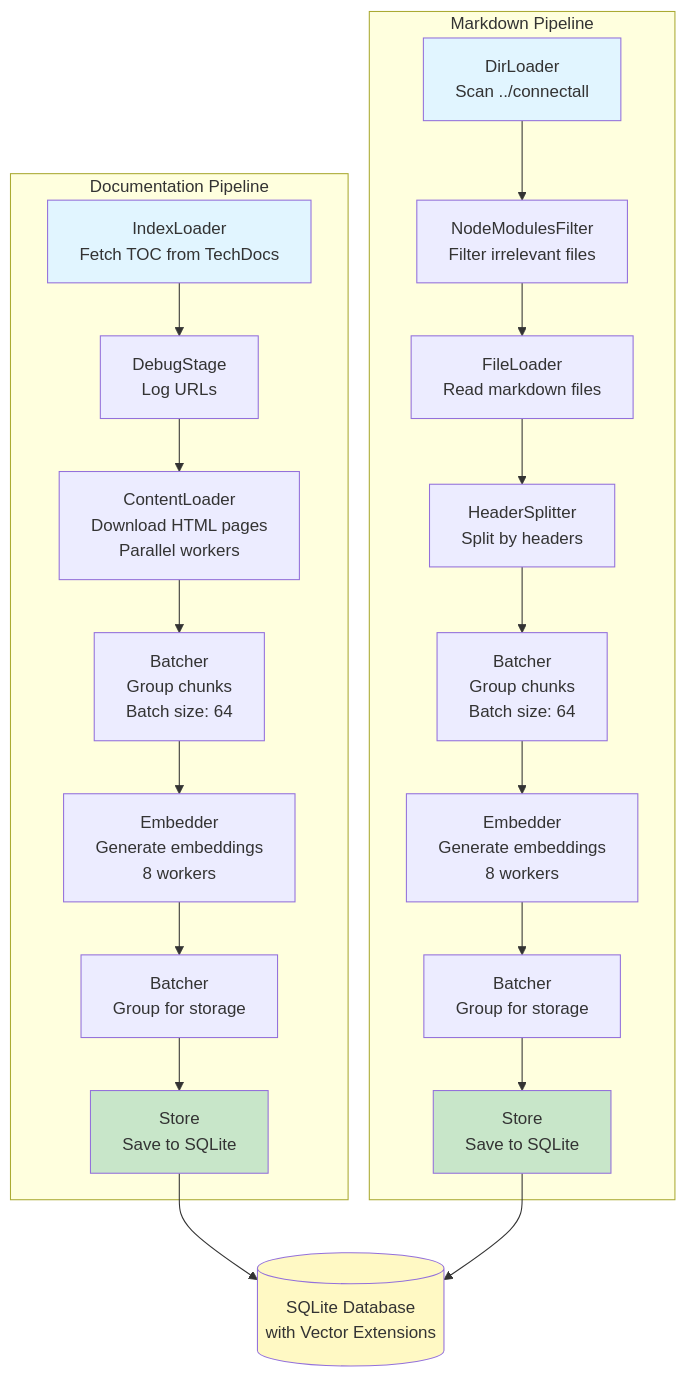
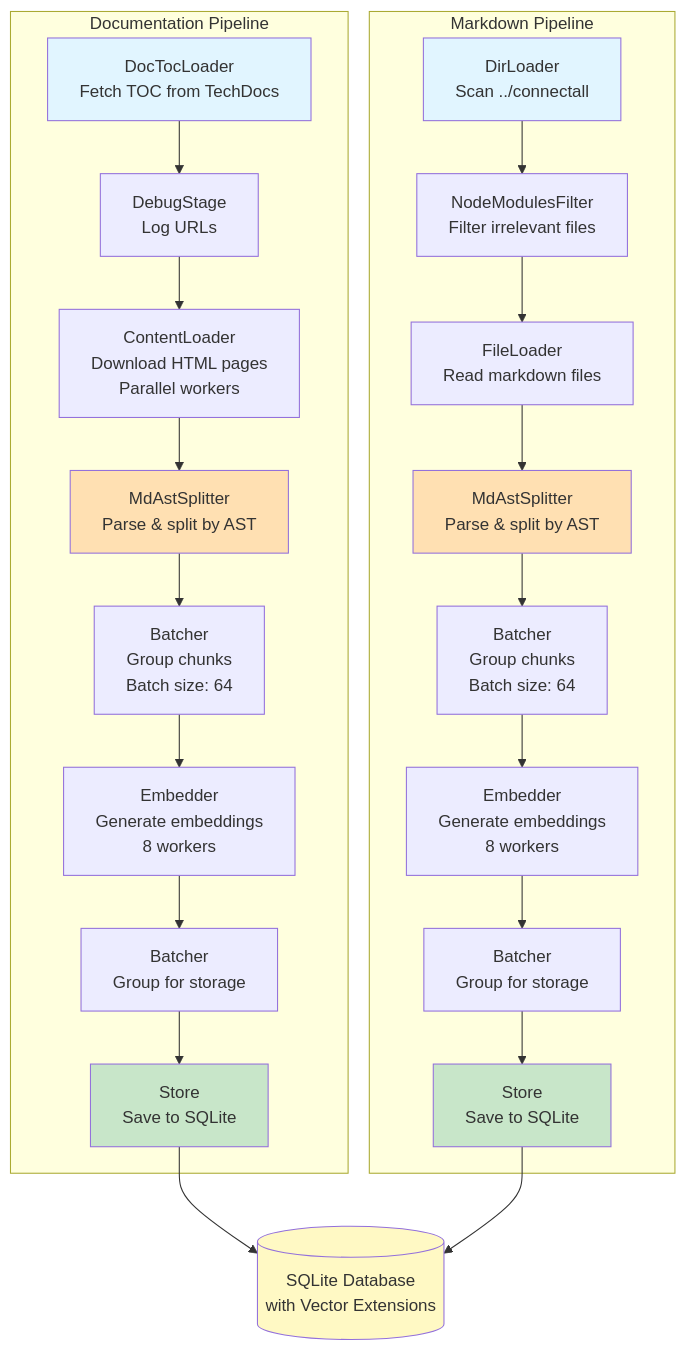
The diagram in README.md (niedch/vectree), drawn with Mermaid before and after one commit. The commit also changed other lines of this file, not shown here.

````diff
--- a/README.md
+++ b/README.md
@@ -33,30 +33,33 @@
 ```mermaid
 graph TD
     subgraph "Documentation Pipeline"
-        A1[IndexLoader<br/>Fetch TOC from TechDocs] --> A2[DebugStage<br/>Log URLs]
+        A1[DocTocLoader<br/>Fetch TOC from TechDocs] --> A2[DebugStage<br/>Log URLs]
         A2 --> A3[ContentLoader<br/>Download HTML pages<br/>Parallel workers]
-        A3 --> A4[Batcher<br/>Group chunks<br/>Batch size: 64]
-        A4 --> A5[Embedder<br/>Generate embeddings<br/>8 workers]
-        A5 --> A6[Batcher<br/>Group for storage]
-        A6 --> A7[Store<br/>Save to SQLite]
+        A3 --> A4[MdAstSplitter<br/>Parse & split by AST]
+        A4 --> A5[Batcher<br/>Group chunks<br/>Batch size: 64]
+        A5 --> A6[Embedder<br/>Generate embeddings<br/>8 workers]
+        A6 --> A7[Batcher<br/>Group for storage]
+        A7 --> A8[Store<br/>Save to SQLite]
     end
 
     subgraph "Markdown Pipeline"
         B1[DirLoader<br/>Scan ../connectall] --> B2[NodeModulesFilter<br/>Filter irrelevant files]
         B2 --> B3[FileLoader<br/>Read markdown files]
-        B3 --> B4[HeaderSplitter<br/>Split by headers]
+        B3 --> B4[MdAstSplitter<br/>Parse & split by AST]
         B4 --> B5[Batcher<br/>Group chunks<br/>Batch size: 64]
         B5 --> B6[Embedder<br/>Generate embeddings<br/>8 workers]
         B6 --> B7[Batcher<br/>Group for storage]
         B7 --> B8[Store<br/>Save to SQLite]
     end
 
-    A7 --> DB[(SQLite Database<br/>with Vector Extensions)]
+    A8 --> DB[(SQLite Database<br/>with Vector Extensions)]
     B8 --> DB
 
     style A1 fill:#e1f5ff
     style B1 fill:#e1f5ff
-    style A7 fill:#c8e6c9
+    style A4 fill:#ffe0b2
+    style B4 fill:#ffe0b2
+    style A8 fill:#c8e6c9
     style B8 fill:#c8e6c9
     style DB fill:#fff9c4
 ```
````
